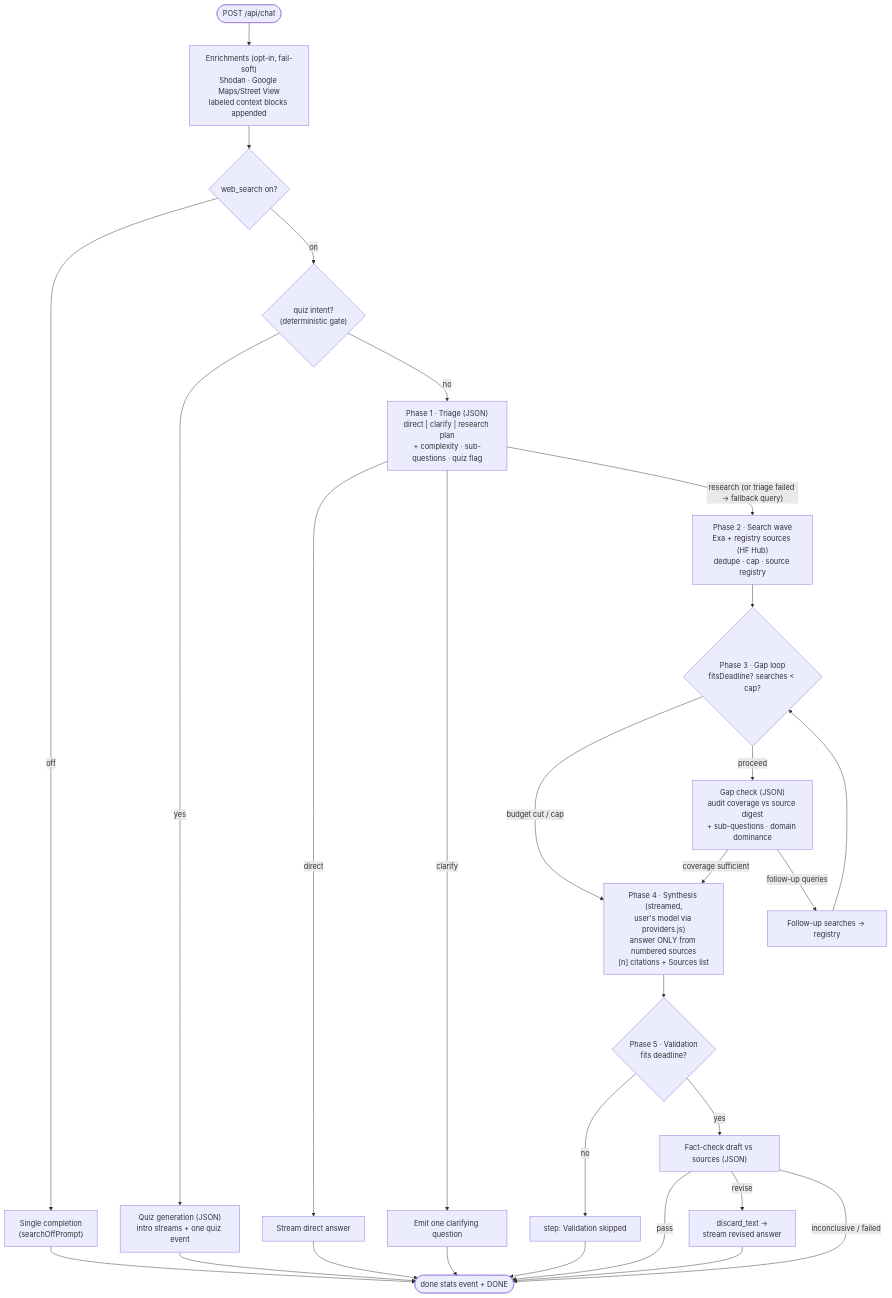
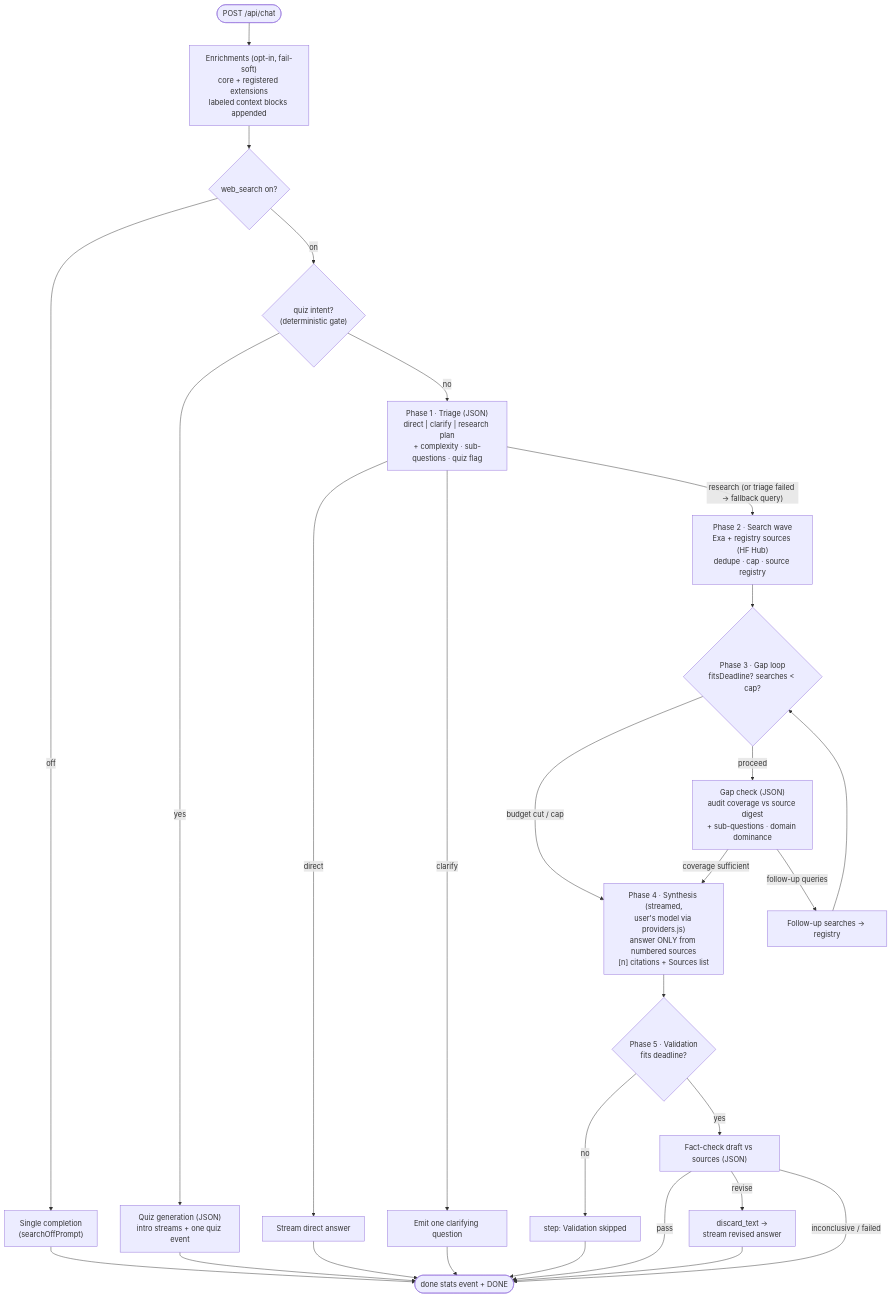
One commit to kristerhedfors/Deepresearch.se changed the second of 2 diagrams in docs/ARCHITECTURE.md. Above: the diagram before and after it, drawn with Mermaid. The commit also changed other lines of this file and 31 other files, not shown here.

````diff
--- a/docs/ARCHITECTURE.md
+++ b/docs/ARCHITECTURE.md
@@ -286,25 +291,25 @@
 ```mermaid
 flowchart TD
-    IN([POST /api/chat]) --> EN["Enrichments (opt-in, fail-soft)<br/>Shodan · Google Maps/Street View<br/>labeled context blocks appended"]
+    IN([POST /api/chat]) --> EN["Enrichments (opt-in, fail-soft)<br/>core + registered extensions<br/>labeled context blocks appended"]
     EN --> WS{web_search on?}
     WS -- off --> SO["Single completion<br/>(searchOffPrompt)"] --> DONE
     WS -- on --> QZ{"quiz intent?<br/>(deterministic gate)"}
     QZ -- yes --> QG["Quiz generation (JSON)<br/>intro streams + one quiz event"] --> DONE
     QZ -- no --> T["Phase 1 · Triage (JSON)<br/>direct | clarify | research plan<br/>+ complexity · sub-questions · quiz flag"]
     T -- direct --> DR["Stream direct answer"] --> DONE
     T -- clarify --> CL["Emit one clarifying question"] --> DONE
     T -- "research (or triage failed → fallback query)" --> SW["Phase 2 · Search wave<br/>Exa + registry sources (HF Hub)<br/>dedupe · cap · source registry"]
     SW --> GAP{"Phase 3 · Gap loop<br/>fitsDeadline? searches < cap?"}
     GAP -- "budget cut / cap" --> SY
     GAP -- proceed --> GC["Gap check (JSON)<br/>audit coverage vs source digest<br/>+ sub-questions · domain dominance"]
     GC -- "coverage sufficient" --> SY
     GC -- "follow-up queries" --> FS["Follow-up searches → registry"] --> GAP
     SY["Phase 4 · Synthesis (streamed,<br/>user's model via providers.js)<br/>answer ONLY from numbered sources<br/>[n] citations + Sources list"]
     SY --> V{"Phase 5 · Validation<br/>fits deadline?"}
     V -- no --> VS["step: Validation skipped"] --> DONE
     V -- yes --> FC["Fact-check draft vs sources (JSON)"]
     FC -- pass --> DONE
     FC -- "revise" --> RV["discard_text →<br/>stream revised answer"] --> DONE
     FC -- "inconclusive / failed" --> DONE
     DONE([done stats event + DONE])
 ```
````
